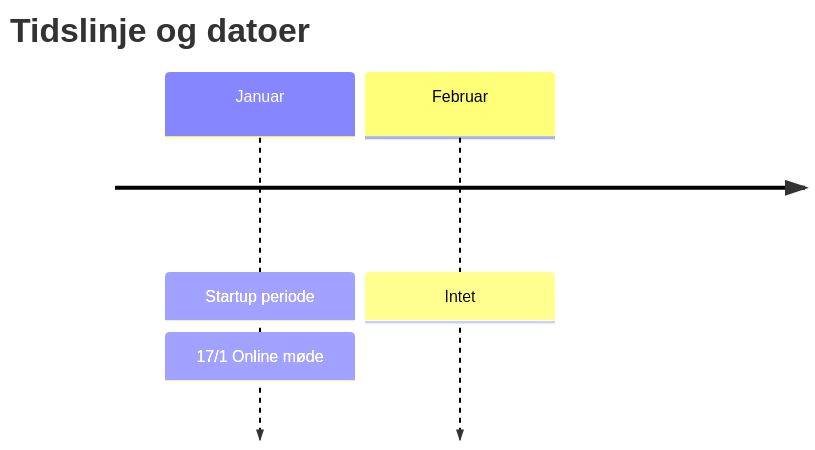
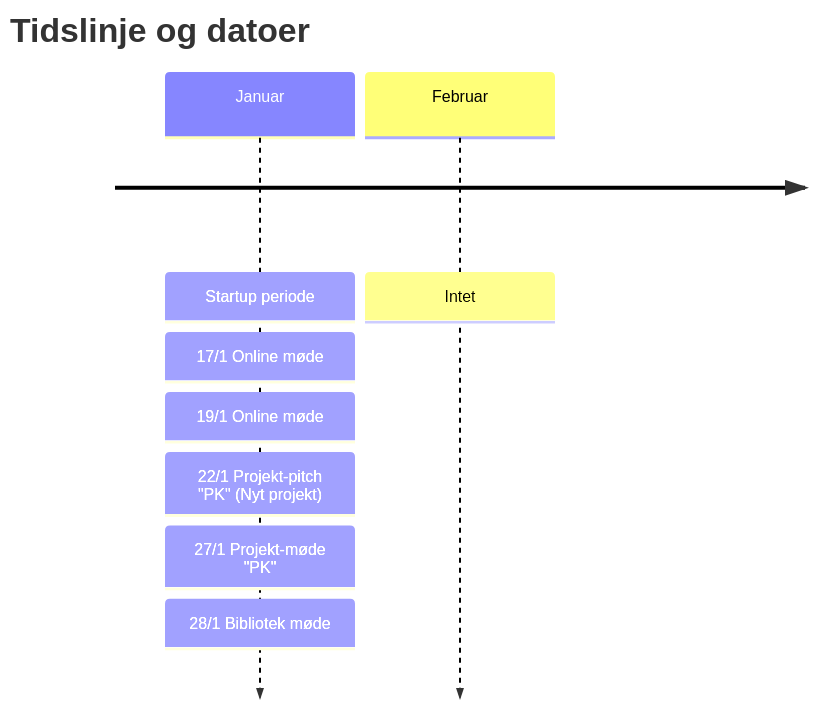
Before and after one commit to Rosenorn-Solutions/Praktik_Opgaver: the first of 2 diagrams in README.md, drawn with Mermaid.

````diff
--- a/README.md
+++ b/README.md
@@ -47,7 +47,11 @@
 ```mermaid
 timeline
     title Tidslinje og datoer
     Januar : Startup periode
         : 17/1 Online møde
-    Februar : Intet
+        : 19/1 Online møde
+        : 22/1 Projekt-pitch "PK" (Nyt projekt)
+        : 27/1 Projekt-møde "PK" 
+        : 28/1 Bibliotek møde
+    Februar : Intet 
 ```
````
